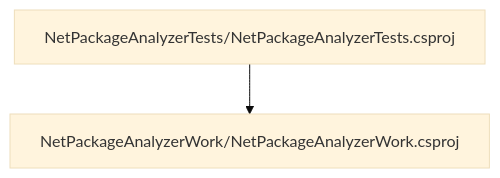
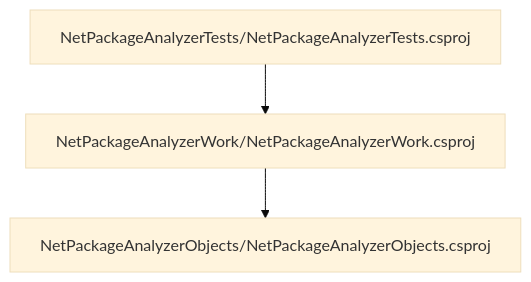
The third of 3 diagrams in src/documentation/docs/Analysis/NetPackageAnalyzer/Projects/NetPackageAnalyzerTests/ProjectReferences.md (ignatandrei/PackageAnalyzer), drawn with Mermaid (base theme) before and after one commit. The commit also changed other lines of this file and 31 other files, not shown here.

````diff
--- a/src/documentation/docs/Analysis/NetPackageAnalyzer/Projects/NetPackageAnalyzerTests/ProjectReferences.md
+++ b/src/documentation/docs/Analysis/NetPackageAnalyzer/Projects/NetPackageAnalyzerTests/ProjectReferences.md
@@ -47,17 +47,26 @@
 ```mermaid
 graph TB
 
 NetPackageAnalyzerTests[NetPackageAnalyzerTests/NetPackageAnalyzerTests.csproj]
 click NetPackageAnalyzerTests "pathname:///docs/Analysis/NetPackageAnalyzer/Projects/NetPackageAnalyzerTests/ProjectReferences" "NetPackageAnalyzerTests/NetPackageAnalyzerTests.csproj"
 
 
 NetPackageAnalyzerWork[NetPackageAnalyzerWork/NetPackageAnalyzerWork.csproj]
 
 %% find a way to interpret first the path
 %% click NetPackageAnalyzerWork "pathname:///docs/Analysis/NetPackageAnalyzer/Projects/NetPackageAnalyzerWork/ProjectReferences" "NetPackageAnalyzerWork/NetPackageAnalyzerWork.csproj"
 
 
 NetPackageAnalyzerTests-->NetPackageAnalyzerWork
 
 
+NetPackageAnalyzerObjects[NetPackageAnalyzerObjects/NetPackageAnalyzerObjects.csproj]
+
+%% find a way to interpret first the path
+%% click NetPackageAnalyzerObjects "pathname:///docs/Analysis/NetPackageAnalyzer/Projects/NetPackageAnalyzerObjects/ProjectReferences" "NetPackageAnalyzerObjects/NetPackageAnalyzerObjects.csproj"
+
+
+NetPackageAnalyzerWork-->NetPackageAnalyzerObjects
+
+
 ```
````
